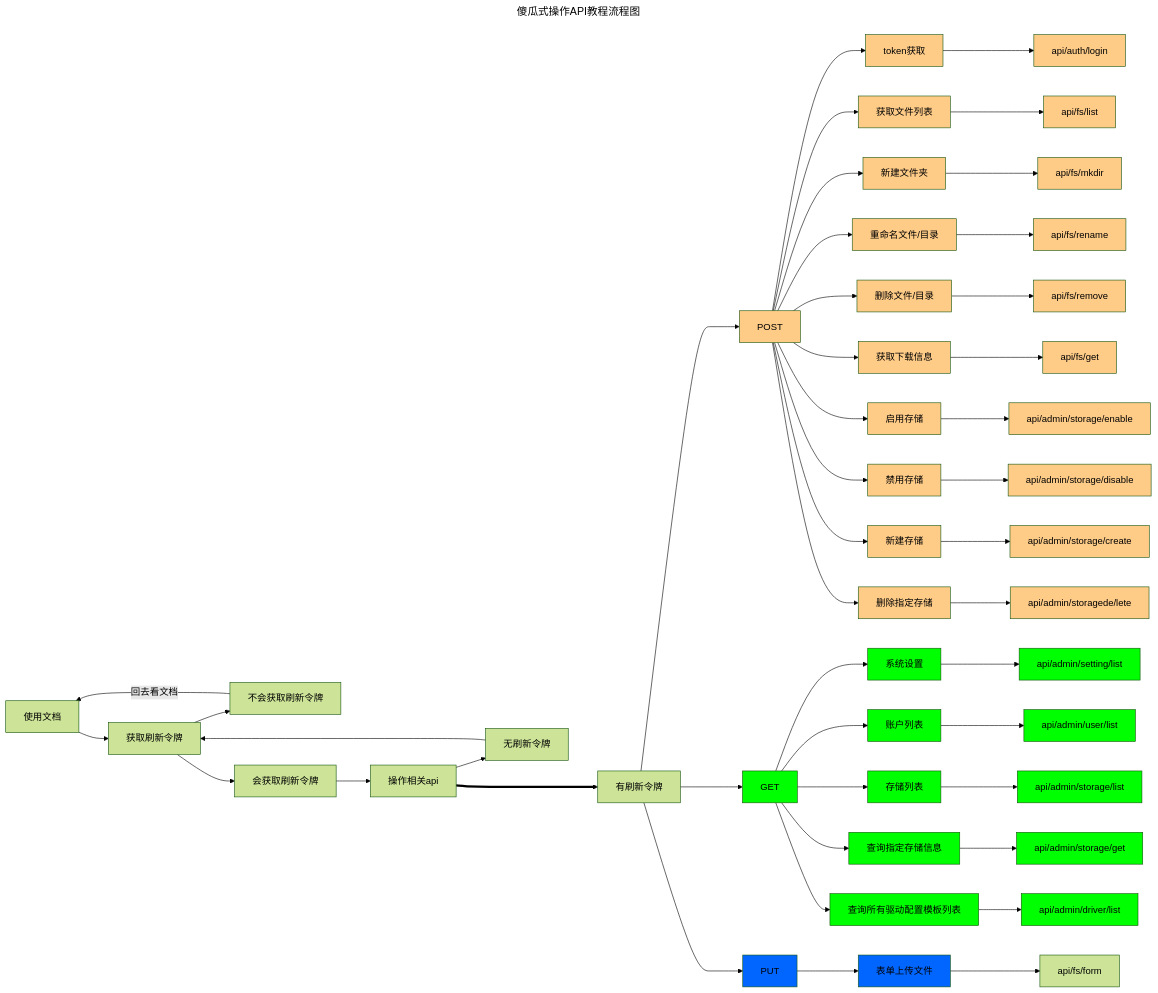
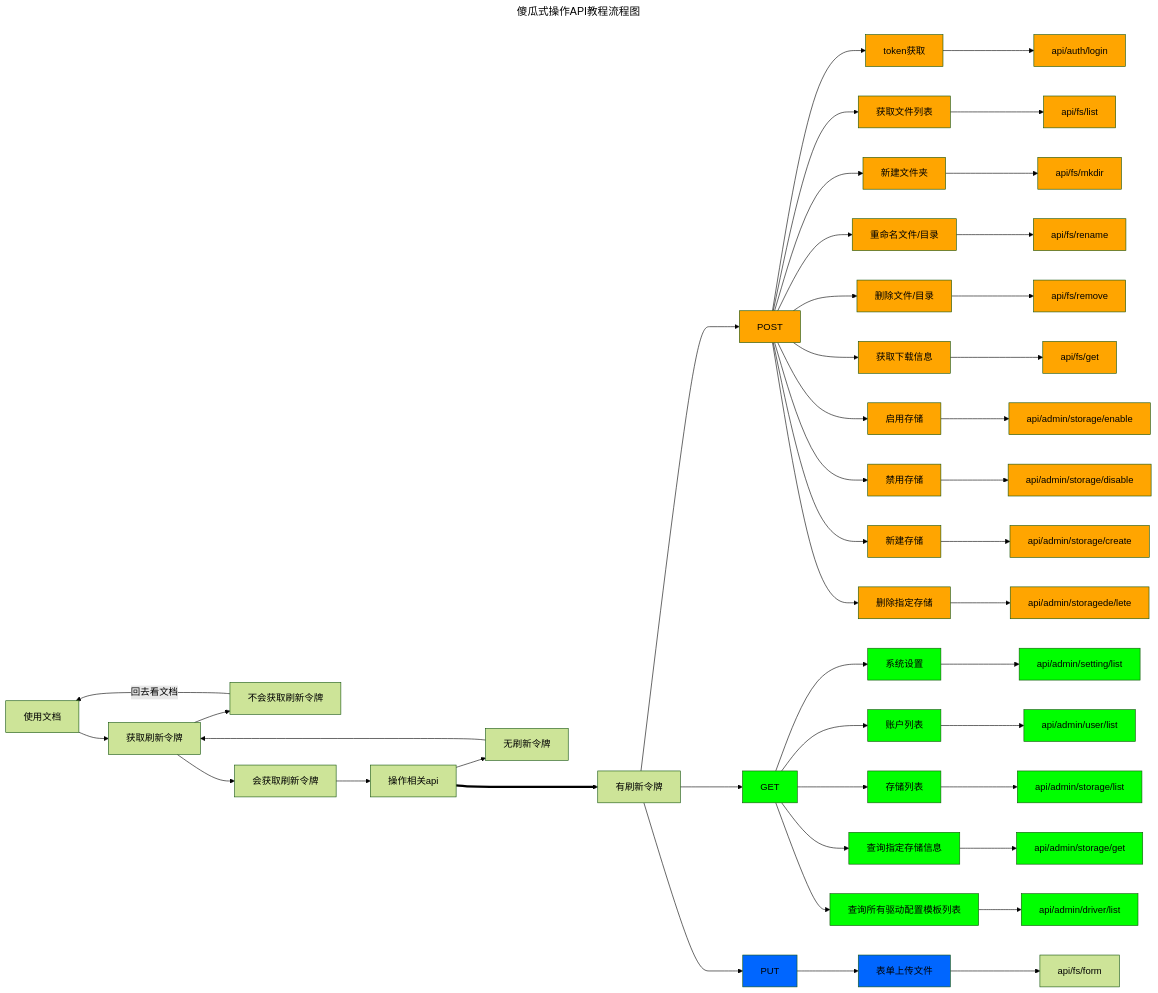
One commit to anwen-anyi/anwen-anyi.github.io changed the diagram in src/index/13.api.md. Above: the diagram before and after it, drawn with Mermaid (forest theme). The commit also changed other lines of this file and 14 other files, not shown here.

````diff
--- a/src/index/13.api.md
+++ b/src/index/13.api.md
@@ -43,45 +43,45 @@
 ```mermaid
 ---
 title: 傻瓜式操作API教程流程图
 ---
 flowchart LR
-  classDef class1 fill:#fc8
+  classDef class1 fill:orange
   classDef class2 fill:#0f0
   classDef class3 fill:#06f
   classDef class4 fill:#d8f
   a[使用文档]
   b[获取刷新令牌]
   b1[不会获取刷新令牌]
   b2[会获取刷新令牌]
   c[操作相关api]
   c1[有刷新令牌]
   c2[无刷新令牌]
   d1[POST]
   d2[GET]
   d3[PUT]
   d1:::class1-->e1[token获取]:::class1-->f1[api/auth/login]:::class1
   d1-->e2[获取文件列表]:::class1-->f2[api/fs/list]:::class1
   d1-->e3[新建文件夹]:::class1-->f3[api/fs/mkdir]:::class1
   d1-->e4[重命名文件/目录]:::class1-->f4[api/fs/rename]:::class1
   d1-->e5[删除文件/目录]:::class1-->f5[api/fs/remove]:::class1
   d3:::class3-->e6[表单上传文件]:::class3-->f6[api/fs/form]::::class3
   d1-->e7[获取下载信息]:::class1-->f7[api/fs/get]:::class1
   d2:::class2-->e8[系统设置]:::class2-->f8[api/admin/setting/list]:::class2
   d2-->e9[账户列表]:::class2-->f9[api/admin/user/list]:::class2
   d2-->e10[存储列表]:::class2-->f10[api/admin/storage/list]:::class2
   d1-->e11[启用存储]:::class1-->f11[api/admin/storage/enable]:::class1
   d1-->e12[禁用存储]:::class1-->f12[api/admin/storage/disable]:::class1
   d1-->e13[新建存储]:::class1-->f13[api/admin/storage/create]:::class1
   d2-->e14[查询指定存储信息]:::class2-->f14[api/admin/storage/get]:::class2
   d2-->e15[查询所有驱动配置模板列表]:::class2-->f15[api/admin/driver/list]:::class2
   d1-->e16[删除指定存储]:::class1-->f16[api/admin/storagede/lete]:::class1
   a-->b-->b2-->c
   b-->b1
   b1-->|回去看文档|a
   c===>c1
   c-->c2
   c2-->b
   c1--->d1 & d2 & d3
   
   
 ```
````
